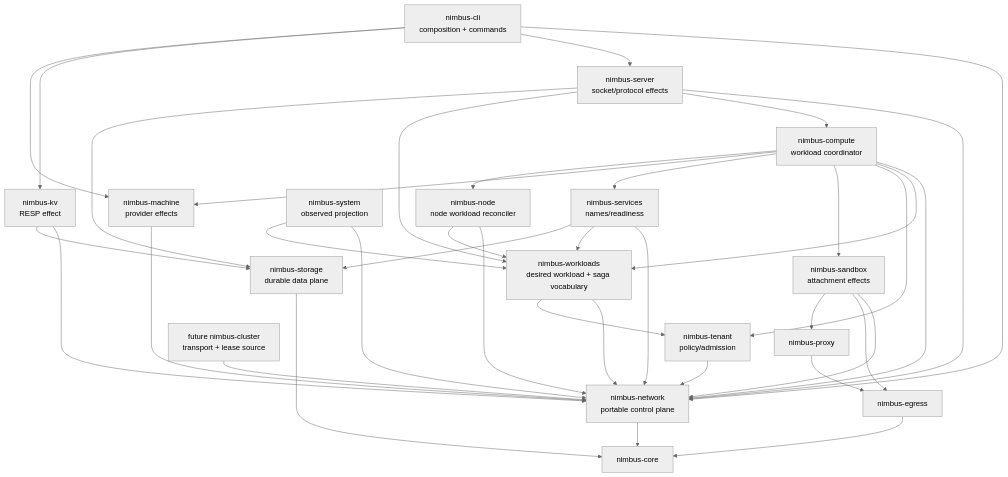
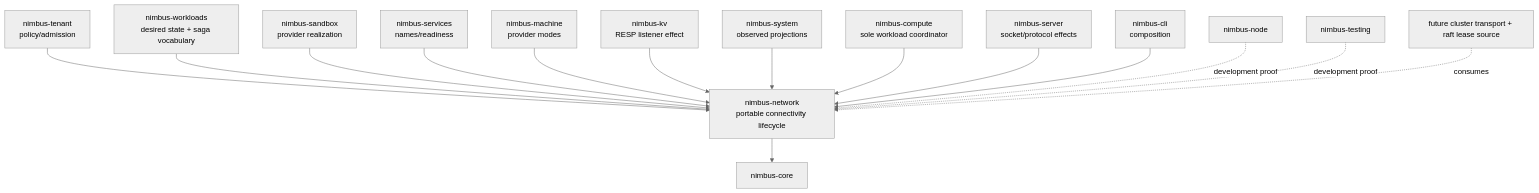
Before and after one commit to nimbus/nimbus: the diagram in docs/private/plans/nimbus-network-control-plane-plan.md, drawn with Mermaid (neutral theme). The commit also changed other lines of this file and 14 other files, not shown here.

Commit message:
docs(network): publish landed control-plane architecture

````diff
--- a/docs/private/plans/nimbus-network-control-plane-plan.md
+++ b/docs/private/plans/nimbus-network-control-plane-plan.md
@@ -394,44 +304,17 @@
 ```mermaid
 flowchart TD
-    Core["nimbus-core"]
-    Network["nimbus-network<br/>portable control plane"] --> Core
-    Storage["nimbus-storage<br/>durable data plane"] --> Core
-    Egress["nimbus-egress"] --> Core
-    Proxy["nimbus-proxy"] --> Egress
-
+    Network["nimbus-network<br/>portable connectivity lifecycle"] --> Core["nimbus-core"]
     Tenant["nimbus-tenant<br/>policy/admission"] --> Network
-    Workloads["nimbus-workloads<br/>desired workload + saga vocabulary"] --> Network
-    Workloads --> Tenant
-    Sandbox["nimbus-sandbox<br/>attachment effects"] --> Network
-    Sandbox --> Egress
-    Sandbox --> Proxy
+    Workloads["nimbus-workloads<br/>desired state + saga vocabulary"] --> Network
+    Sandbox["nimbus-sandbox<br/>provider realization"] --> Network
     Services["nimbus-services<br/>names/readiness"] --> Network
-    Services --> Workloads
-    Services --> Storage
-    Machine["nimbus-machine<br/>provider effects"] --> Network
-    Kv["nimbus-kv<br/>RESP effect"] --> Network
-    Kv --> Storage
-    System["nimbus-system<br/>observed projection"] --> Network
-    System --> Workloads
-    Node["nimbus-node<br/>node workload reconciler"] --> Network
-    Node --> Workloads
-
-    Compute["nimbus-compute<br/>workload coordinator"] --> Network
-    Compute --> Workloads
-    Compute --> Tenant
-    Compute --> Sandbox
-    Compute --> Services
-    Compute --> Machine
-    Compute --> Node
-
+    Machine["nimbus-machine<br/>provider modes"] --> Network
+    Kv["nimbus-kv<br/>RESP listener effect"] --> Network
+    System["nimbus-system<br/>observed projections"] --> Network
+    Compute["nimbus-compute<br/>sole workload coordinator"] --> Network
     Server["nimbus-server<br/>socket/protocol effects"] --> Network
-    Server --> Compute
-    Server --> Workloads
-    Server --> Storage
-    Cli["nimbus-cli<br/>composition + commands"] --> Network
-    Cli --> Server
-    Cli --> Kv
-    Cli --> Machine
-
-    Cluster["future nimbus-cluster<br/>transport + lease source"] --> Network
+    Cli["nimbus-cli<br/>composition"] --> Network
+    Node["nimbus-node"] -. development proof .-> Network
+    Testing["nimbus-testing"] -. development proof .-> Network
+    FutureCluster["future cluster transport + raft lease source"] -. consumes .-> Network
 ```
````
